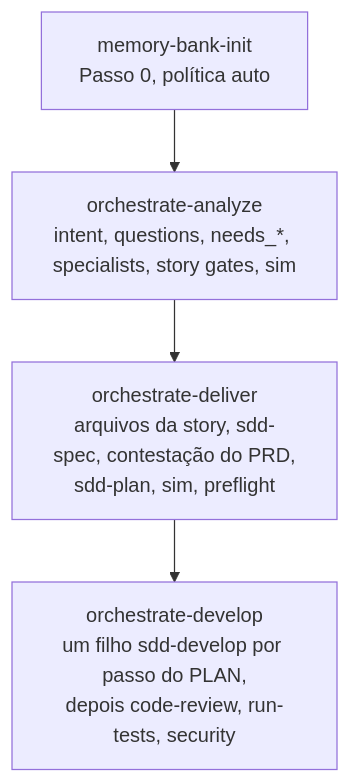
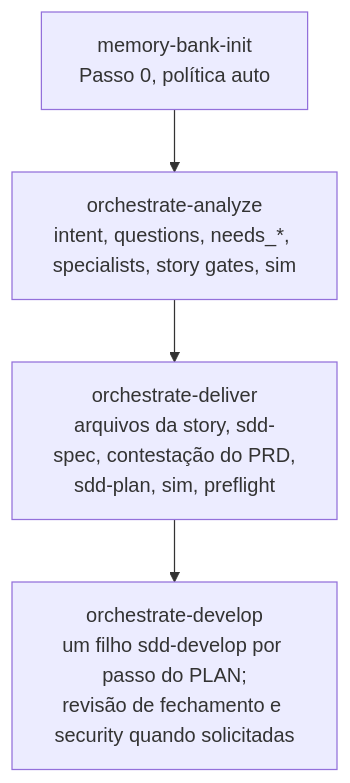
The first of 2 diagrams in docs-site/orchestrated-delivery.pt.md (tibursocampos/agent-dev-toolkit), drawn with Mermaid before and after one commit. The commit also changed other lines of this file and 677 other files, not shown here.

````diff
--- a/docs-site/orchestrated-delivery.pt.md
+++ b/docs-site/orchestrated-delivery.pt.md
@@ -39,8 +39,8 @@
 ```mermaid
 flowchart TD
   step0["memory-bank-init<br/>Passo 0, política auto"]
   o1["orchestrate-analyze<br/>intent, questions, needs_*, specialists, story gates, sim"]
   o2["orchestrate-deliver<br/>arquivos da story, sdd-spec, contestação do PRD,<br/>sdd-plan, sim, preflight"]
-  o3["orchestrate-develop<br/>um filho sdd-develop por passo do PLAN,<br/>depois code-review, run-tests, security"]
+  o3["orchestrate-develop<br/>um filho sdd-develop por passo do PLAN;<br/>revisão de fechamento e security quando solicitadas"]
   step0 --> o1 --> o2 --> o3
 ```
````
